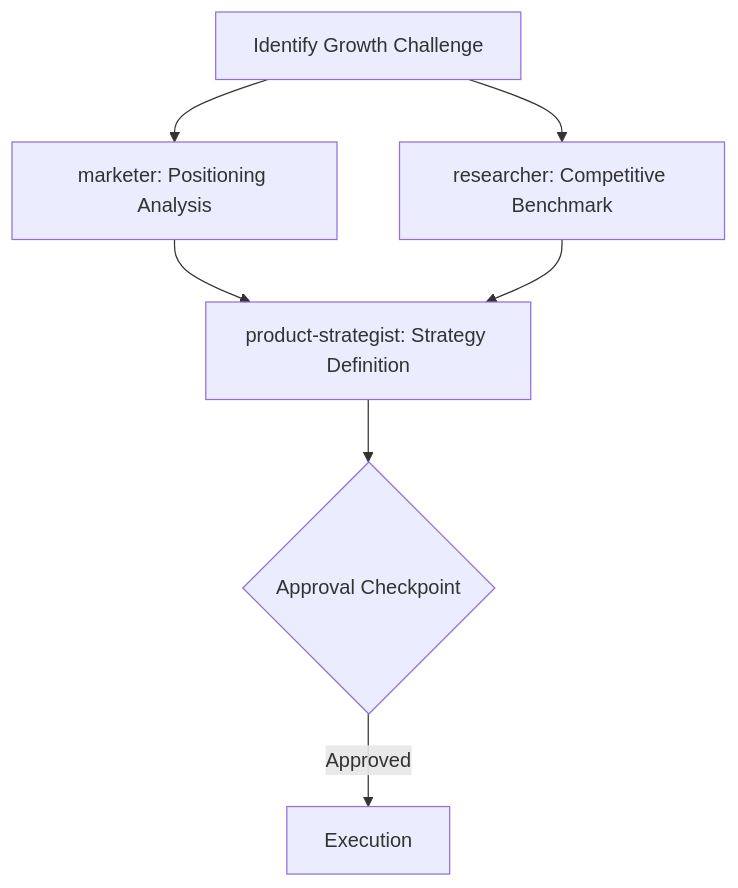
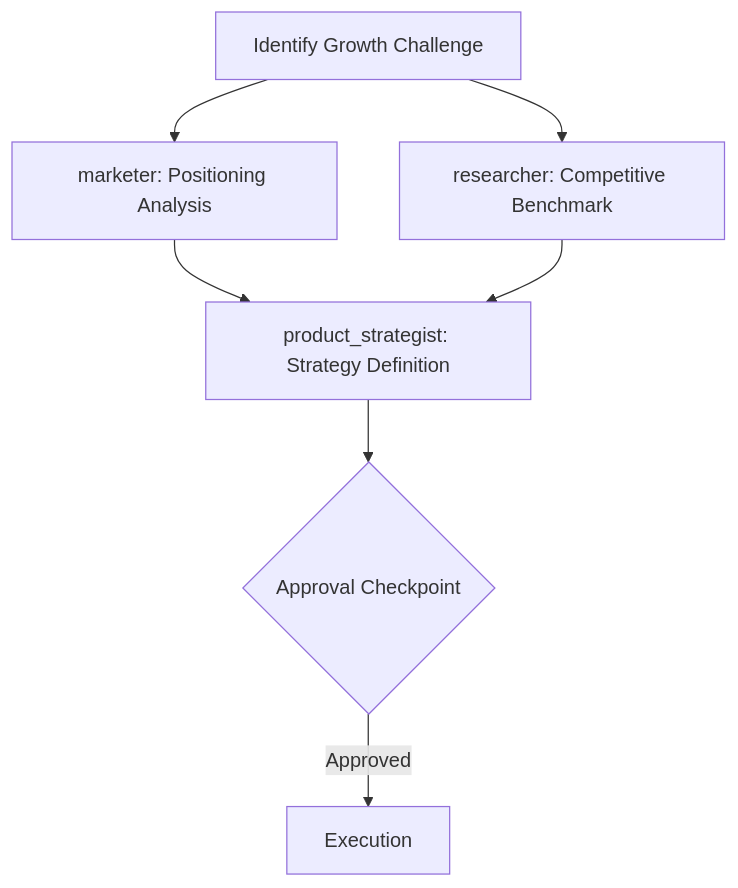
One commit to kato83/mayu changed the sixth of 6 diagrams in .kiro/steering/agent-workflows.md. Above: the diagram before and after it, drawn with Mermaid. The commit also changed other lines of this file and 1 other file, not shown here.

````diff
--- a/.kiro/steering/agent-workflows.md
+++ b/.kiro/steering/agent-workflows.md
@@ -438,9 +438,9 @@
 ```mermaid
 graph TD
     A[Identify Growth Challenge] --> B[marketer: Positioning Analysis]
     A --> C[researcher: Competitive Benchmark]
-    B --> D[product-strategist: Strategy Definition]
+    B --> D[product_strategist: Strategy Definition]
     C --> D
     D --> E{Approval Checkpoint}
     E -->|Approved| F[Execution]
 ```
````
